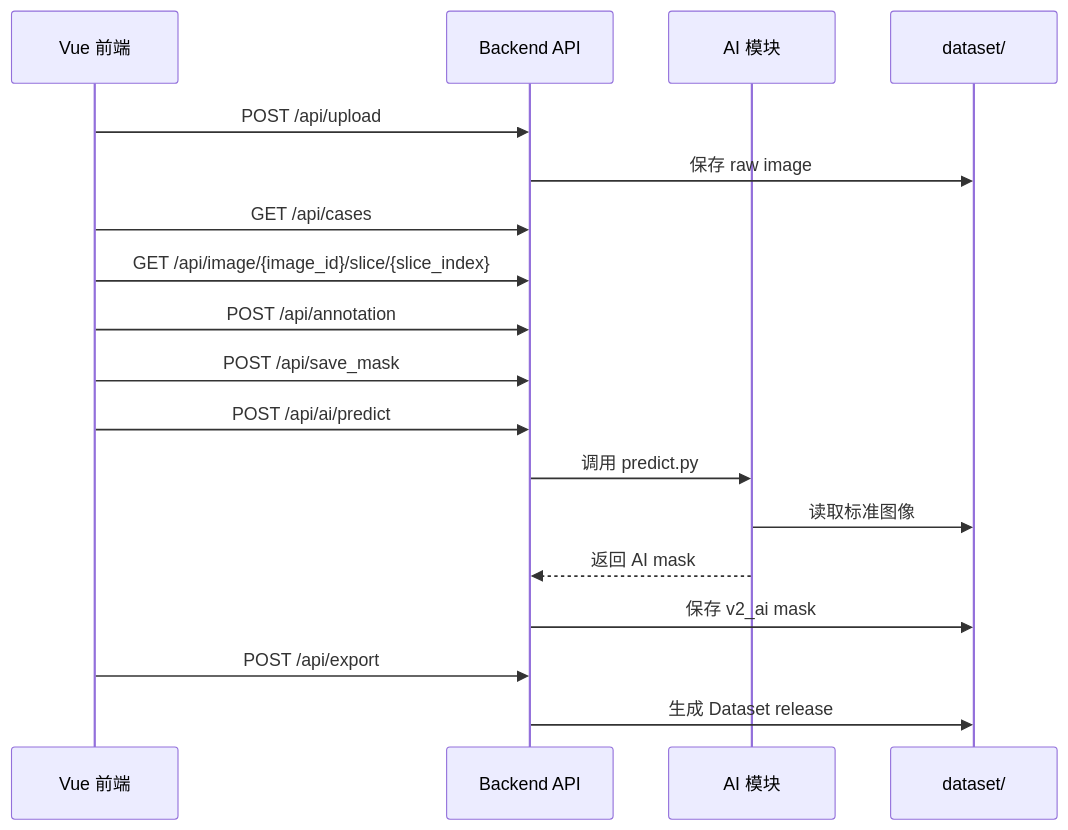
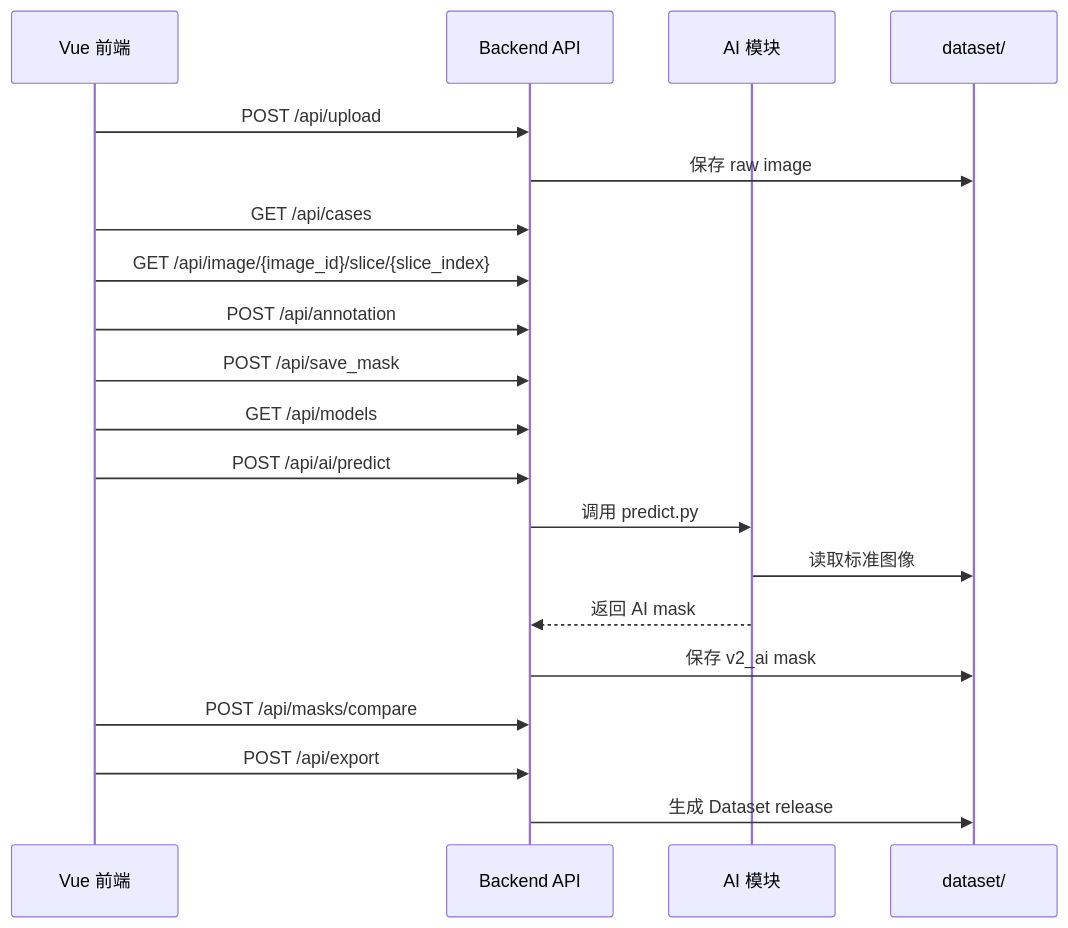
The diagram in docs/04_api_design.md (PoooWeeeHiii/C_Group_Medical_Annotation), drawn with Mermaid before and after one commit. The commit also changed other lines of this file and 16 other files, not shown here.

````diff
--- a/docs/04_api_design.md
+++ b/docs/04_api_design.md
@@ -1038,21 +1118,23 @@
 ```mermaid
 sequenceDiagram
     participant Vue as Vue 前端
     participant API as Backend API
     participant AI as AI 模块
     participant Data as dataset/
 
     Vue->>API: POST /api/upload
     API->>Data: 保存 raw image
     Vue->>API: GET /api/cases
     Vue->>API: GET /api/image/{image_id}/slice/{slice_index}
     Vue->>API: POST /api/annotation
     Vue->>API: POST /api/save_mask
+    Vue->>API: GET /api/models
     Vue->>API: POST /api/ai/predict
     API->>AI: 调用 predict.py
     AI->>Data: 读取标准图像
     AI-->>API: 返回 AI mask
     API->>Data: 保存 v2_ai mask
+    Vue->>API: POST /api/masks/compare
     Vue->>API: POST /api/export
     API->>Data: 生成 Dataset release
 ```
````
